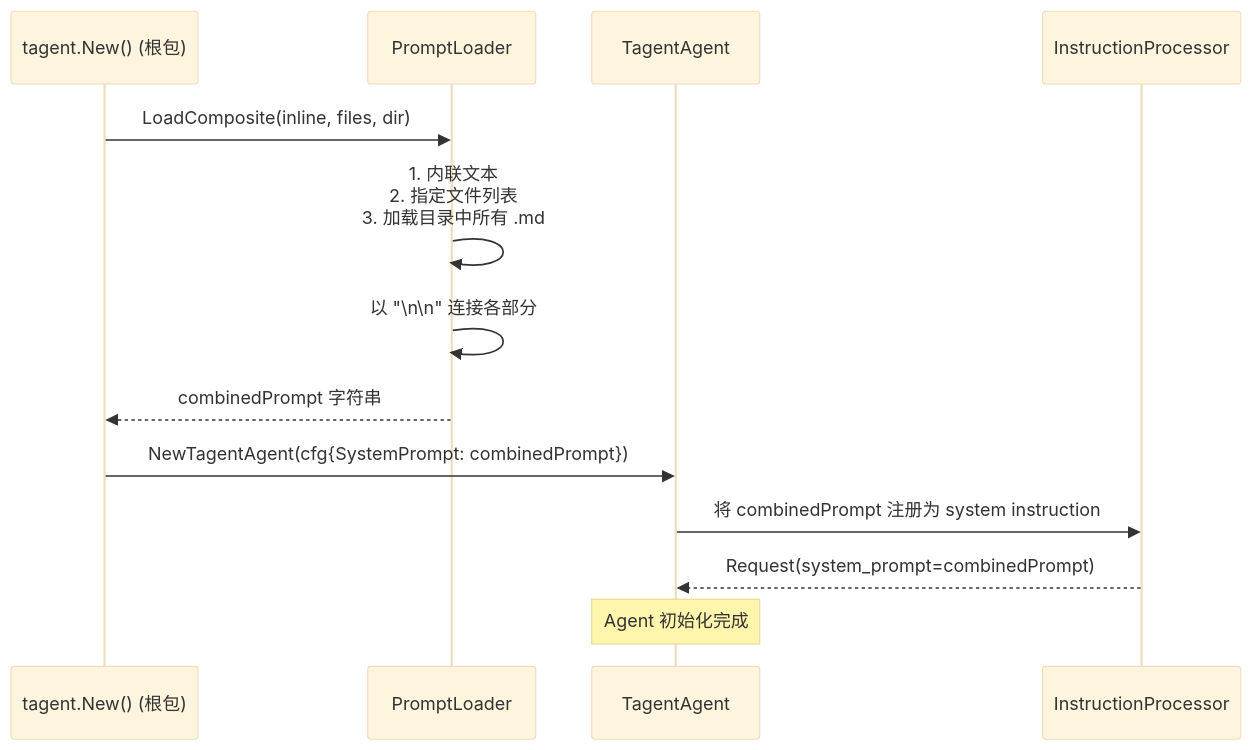
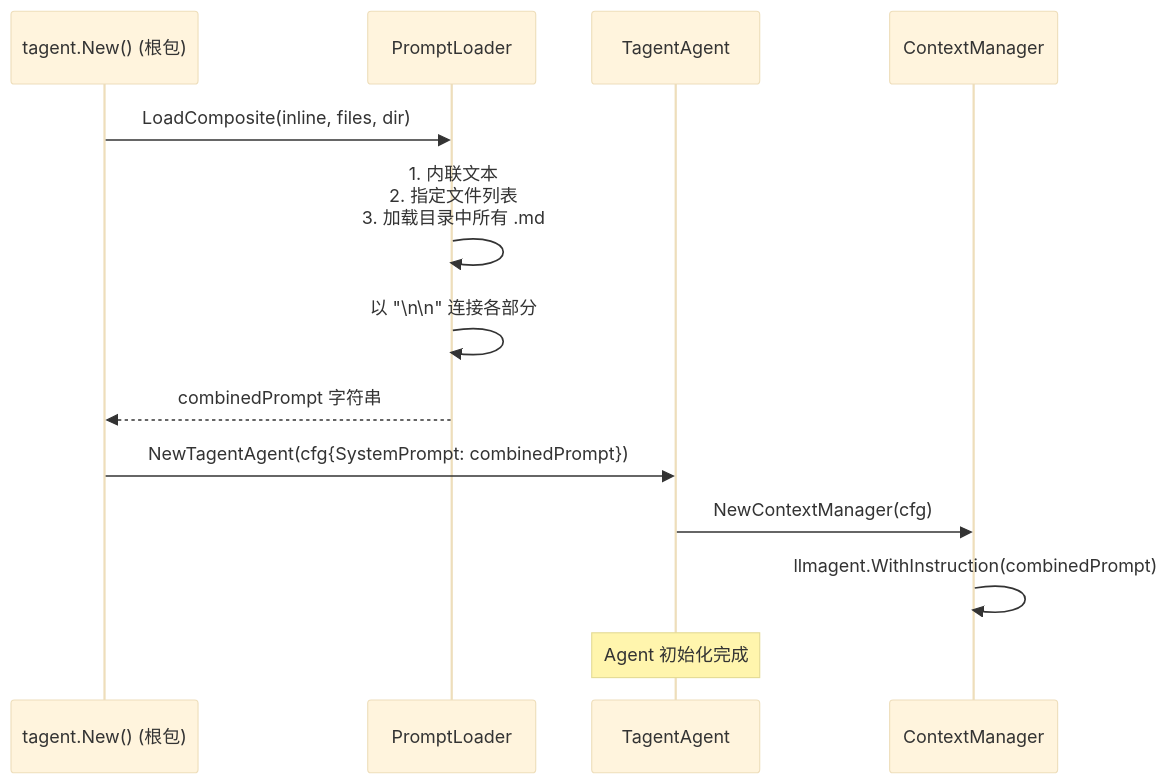
Before and after one commit to SpellingDragon/tagent: the diagram in docs/wiki/prompt/prompt-architecture.md, drawn with Mermaid (base theme). The commit also changed other lines of this file and 320 other files, not shown here.

````diff
--- a/docs/wiki/prompt/prompt-architecture.md
+++ b/docs/wiki/prompt/prompt-architecture.md
@@ -357,16 +387,16 @@
 ```mermaid
 sequenceDiagram
     participant Root as tagent.New() (根包)
     participant PL as PromptLoader
     participant TA as TagentAgent
-    participant IP as InstructionProcessor
+    participant CM as ContextManager
 
     Root->>PL: LoadComposite(inline, files, dir)
     PL->>PL: 1. 内联文本<br/>2. 指定文件列表<br/>3. 加载目录中所有 .md
     PL->>PL: 以 "\n\n" 连接各部分
     PL-->>Root: combinedPrompt 字符串
     Root->>TA: NewTagentAgent(cfg{SystemPrompt: combinedPrompt})
-    TA->>IP: 将 combinedPrompt 注册为 system instruction
-    IP-->>TA: Request(system_prompt=combinedPrompt)
+    TA->>CM: NewContextManager(cfg)
+    CM->>CM: llmagent.WithInstruction(combinedPrompt)
     Note over TA: Agent 初始化完成
 ```
````
